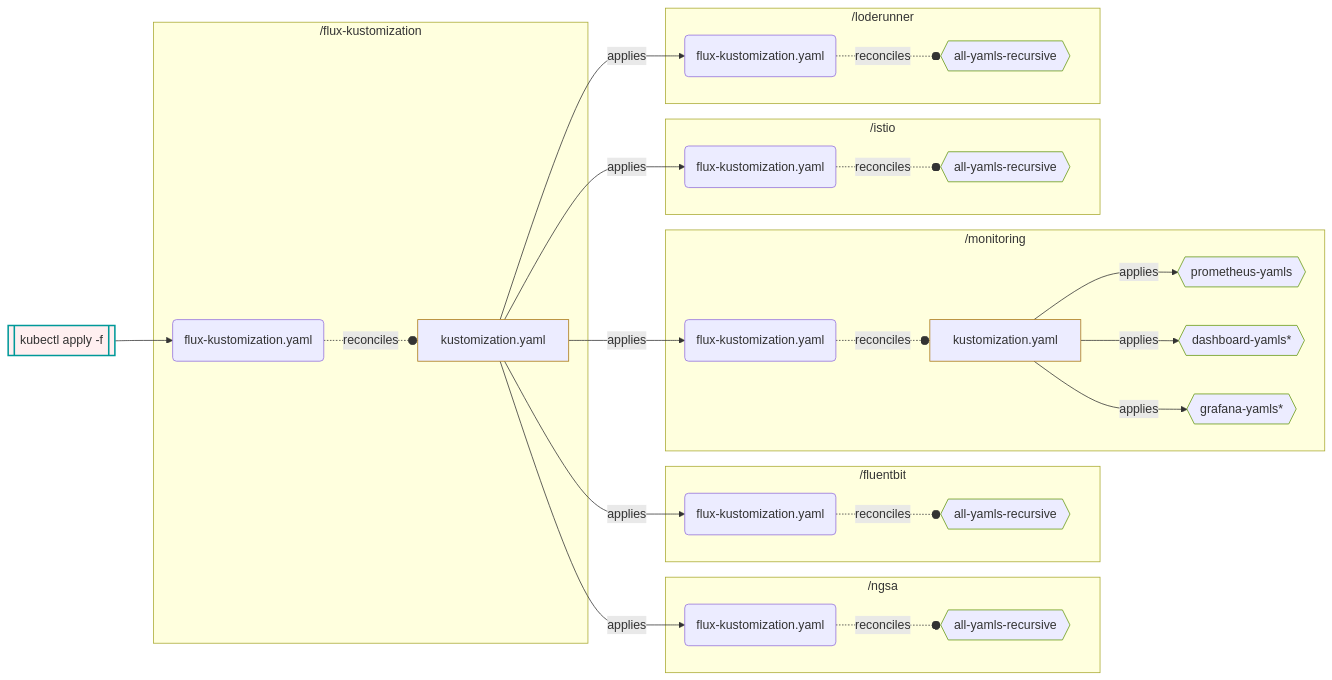
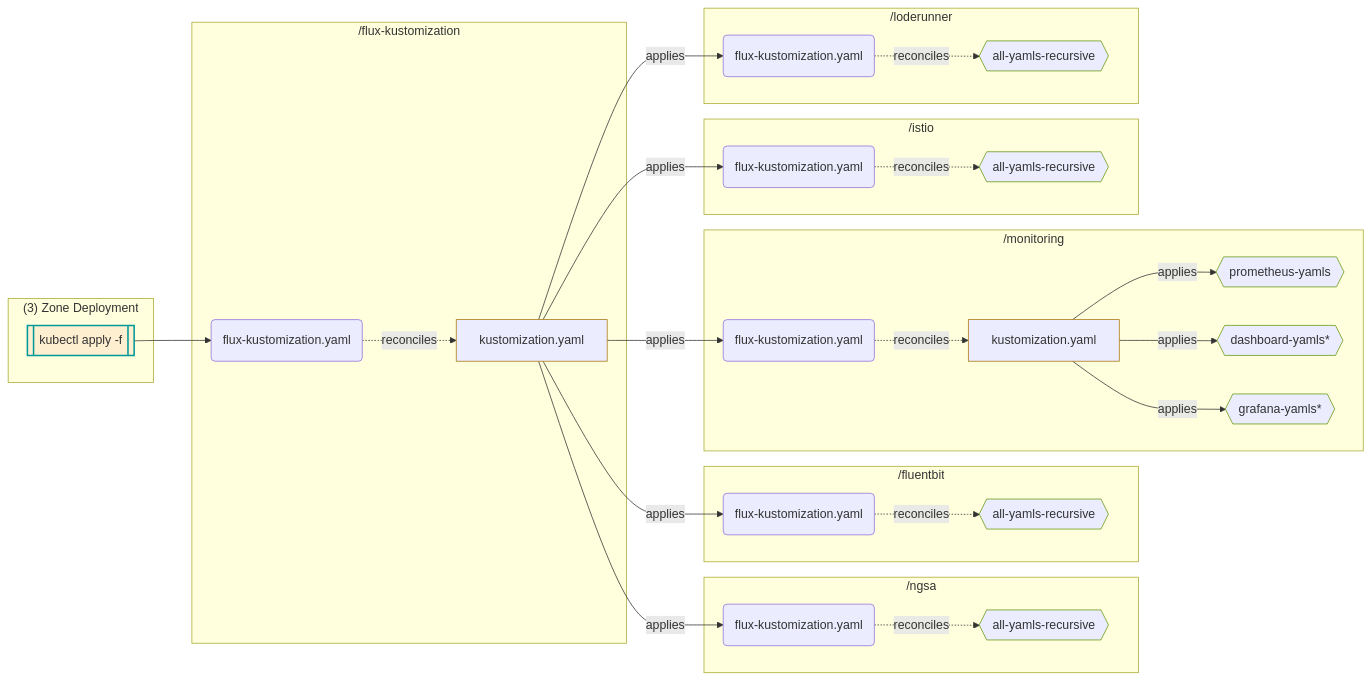
One commit to retaildevcrews/ngsa-asb changed the fourth of 4 diagrams in docs/FluxDirStructure.md. Above: the diagram before and after it, drawn with Mermaid. The commit also changed other lines of this file, not shown here.

Commit message:
Small modification to Flowchart

````diff
--- a/docs/FluxDirStructure.md
+++ b/docs/FluxDirStructure.md
@@ -198,74 +208,79 @@
 ```mermaid
 flowchart LR
     classDef k8s stroke:#a71
     classDef other stroke:#691
     classDef start fill:#f121,stroke:#099,stroke-width:2px;
     
     %% Node definitions
     root-flux(flux-kustomization.yaml)
     root-k8skust[kustomization.yaml]:::k8s
     ngsa-flux(flux-kustomization.yaml)
     ngsa-yamls{{"all-yamls-recursive"}}:::other
     lr-flux(flux-kustomization.yaml)
     lr-yamls{{"all-yamls-recursive"}}:::other
     mon-flux(flux-kustomization.yaml)
     mon-k8skust[kustomization.yaml]:::k8s
     mon-prom{{"prometheus-yamls"}}:::other
     mon-grafana-dash{{"dashboard-yamls*"}}:::other
     mon-grafana{{"grafana-yamls*"}}:::other
     fb-flux(flux-kustomization.yaml)
     fb-yamls{{"all-yamls-recursive"}}:::other
     istio-flux(flux-kustomization.yaml)
     istio-yamls{{"all-yamls-recursive"}}:::other
 
     apply[["kubectl apply -f"]]:::start --> root-flux
 
-    root-flux -.reconciles.-o root-k8skust
+    root-flux -.reconciles.-> root-k8skust
     root-k8skust -->|applies| ngsa-flux
     root-k8skust -->|applies| fb-flux
     root-k8skust -->|applies| mon-flux
     root-k8skust -->|applies| istio-flux
     root-k8skust -->|applies| lr-flux
 
     %% ngsa
-    ngsa-flux -.reconciles.-ongsa-yamls
+    ngsa-flux -.reconciles.->ngsa-yamls
     %% fb
-    fb-flux -.reconciles.-o fb-yamls
+    fb-flux -.reconciles.-> fb-yamls
     %% mon
-    mon-flux -.reconciles.-o mon-k8skust
+    mon-flux -.reconciles.-> mon-k8skust
     mon-k8skust -->|applies|mon-prom
     mon-k8skust -->|applies|mon-grafana-dash
     mon-k8skust -->|applies|mon-grafana
     %% istio
-    istio-flux -.reconciles.-o istio-yamls
+    istio-flux -.reconciles.-> istio-yamls
     %% lr
-    lr-flux -.reconciles.-o lr-yamls
+    lr-flux -.reconciles.-> lr-yamls
+
 
     subgraph flux-k["/flux-kustomization"]
         root-flux
         root-k8skust
     end
     subgraph ngsa["/ngsa"]
-    ngsa-flux
-    ngsa-yamls
+        ngsa-flux
+        ngsa-yamls
     end
     subgraph fb["/fluentbit"]
-    fb-flux
-    fb-yamls
+        fb-flux
+        fb-yamls
     end
     subgraph mon["/monitoring"]
-    mon-flux
-    mon-k8skust
-    mon-prom
-    mon-grafana-dash
-    mon-grafana
+        mon-flux
+        mon-k8skust
+        mon-prom
+        mon-grafana-dash
+        mon-grafana
     end
     subgraph istio["/istio"]
-    istio-flux
-    istio-yamls
+        istio-flux
+        istio-yamls
     end
     subgraph lr["/loderunner"]
-    lr-flux
-    lr-yamls
+        lr-flux
+        lr-yamls
+    end
+
+    subgraph "(3) Zone Deployment"
+        apply
     end
 ```
````
